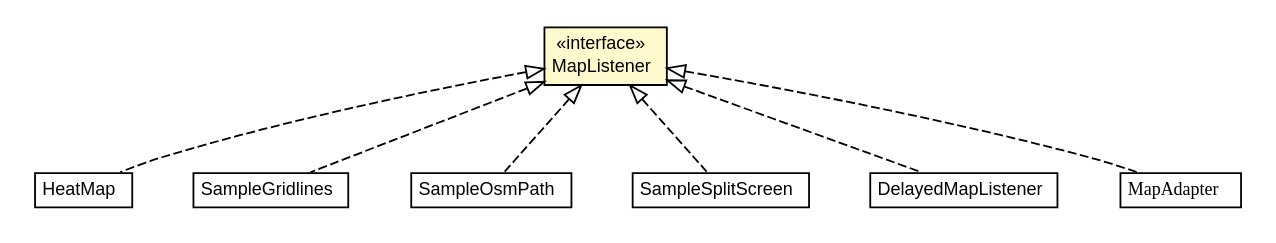
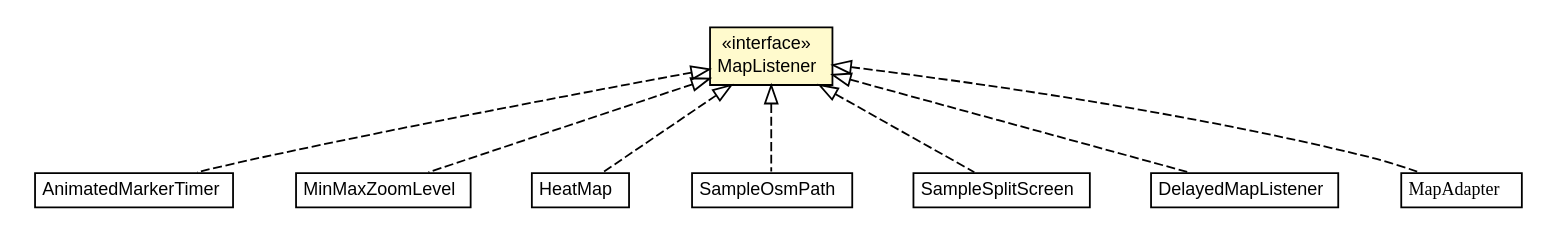
One commit to osmdroid/osmdroid changed the diagram in javadocAll/org/osmdroid/events/MapListener.dot. Above: the diagram before and after it, drawn with Graphviz. The commit also changed 5968 other files, not shown here.

```diff
--- a/javadocAll/org/osmdroid/events/MapListener.dot
+++ b/javadocAll/org/osmdroid/events/MapListener.dot
@@ -1,67 +1,75 @@
 #!/usr/local/bin/dot
 #
 # Class diagram 
 # Generated by UMLGraph version R5_6-24-gf6e263 (http://www.umlgraph.org/)
 #
 
 digraph G {
 	edge [fontname="arial",fontsize=10,labelfontname="arial",labelfontsize=10];
 	node [fontname="arial",fontsize=10,shape=plaintext];
 	nodesep=0.25;
 	ranksep=0.5;
+	// org.osmdroid.samplefragments.animations.AnimatedMarkerTimer
+	c133812 [label=<<table title="org.osmdroid.samplefragments.animations.AnimatedMarkerTimer" border="0" cellborder="1" cellspacing="0" cellpadding="2" port="p" href="../samplefragments/animations/AnimatedMarkerTimer.html">
+		<tr><td><table border="0" cellspacing="0" cellpadding="1">
+<tr><td align="center" balign="center"> AnimatedMarkerTimer </td></tr>
+		</table></td></tr>
+		</table>>, URL="../samplefragments/animations/AnimatedMarkerTimer.html", fontname="arial", fontcolor="black", fontsize=10.0];
+	// org.osmdroid.samplefragments.animations.MinMaxZoomLevel
+	c133821 [label=<<table title="org.osmdroid.samplefragments.animations.MinMaxZoomLevel" border="0" cellborder="1" cellspacing="0" cellpadding="2" port="p" href="../samplefragments/animations/MinMaxZoomLevel.html">
+		<tr><td><table border="0" cellspacing="0" cellpadding="1">
+<tr><td align="center" balign="center"> MinMaxZoomLevel </td></tr>
+		</table></td></tr>
+		</table>>, URL="../samplefragments/animations/MinMaxZoomLevel.html", fontname="arial", fontcolor="black", fontsize=10.0];
 	// org.osmdroid.samplefragments.data.HeatMap
-	c80172 [label=<<table title="org.osmdroid.samplefragments.data.HeatMap" border="0" cellborder="1" cellspacing="0" cellpadding="2" port="p" href="../samplefragments/data/HeatMap.html">
+	c133834 [label=<<table title="org.osmdroid.samplefragments.data.HeatMap" border="0" cellborder="1" cellspacing="0" cellpadding="2" port="p" href="../samplefragments/data/HeatMap.html">
 		<tr><td><table border="0" cellspacing="0" cellpadding="1">
 <tr><td align="center" balign="center"> HeatMap </td></tr>
 		</table></td></tr>
 		</table>>, URL="../samplefragments/data/HeatMap.html", fontname="arial", fontcolor="black", fontsize=10.0];
-	// org.osmdroid.samplefragments.data.SampleGridlines
-	c80174 [label=<<table title="org.osmdroid.samplefragments.data.SampleGridlines" border="0" cellborder="1" cellspacing="0" cellpadding="2" port="p" href="../samplefragments/data/SampleGridlines.html">
-		<tr><td><table border="0" cellspacing="0" cellpadding="1">
-<tr><td align="center" balign="center"> SampleGridlines </td></tr>
-		</table></td></tr>
-		</table>>, URL="../samplefragments/data/SampleGridlines.html", fontname="arial", fontcolor="black", fontsize=10.0];
 	// org.osmdroid.samplefragments.data.SampleOsmPath
-	c80180 [label=<<table title="org.osmdroid.samplefragments.data.SampleOsmPath" border="0" cellborder="1" cellspacing="0" cellpadding="2" port="p" href="../samplefragments/data/SampleOsmPath.html">
+	c133842 [label=<<table title="org.osmdroid.samplefragments.data.SampleOsmPath" border="0" cellborder="1" cellspacing="0" cellpadding="2" port="p" href="../samplefragments/data/SampleOsmPath.html">
 		<tr><td><table border="0" cellspacing="0" cellpadding="1">
 <tr><td align="center" balign="center"> SampleOsmPath </td></tr>
 		</table></td></tr>
 		</table>>, URL="../samplefragments/data/SampleOsmPath.html", fontname="arial", fontcolor="black", fontsize=10.0];
 	// org.osmdroid.samplefragments.layouts.SampleSplitScreen
-	c80211 [label=<<table title="org.osmdroid.samplefragments.layouts.SampleSplitScreen" border="0" cellborder="1" cellspacing="0" cellpadding="2" port="p" href="../samplefragments/layouts/SampleSplitScreen.html">
+	c133897 [label=<<table title="org.osmdroid.samplefragments.layouts.SampleSplitScreen" border="0" cellborder="1" cellspacing="0" cellpadding="2" port="p" href="../samplefragments/layouts/SampleSplitScreen.html">
 		<tr><td><table border="0" cellspacing="0" cellpadding="1">
 <tr><td align="center" balign="center"> SampleSplitScreen </td></tr>
 		</table></td></tr>
 		</table>>, URL="../samplefragments/layouts/SampleSplitScreen.html", fontname="arial", fontcolor="black", fontsize=10.0];
 	// org.osmdroid.events.DelayedMapListener
-	c80263 [label=<<table title="org.osmdroid.events.DelayedMapListener" border="0" cellborder="1" cellspacing="0" cellpadding="2" port="p" href="./DelayedMapListener.html">
+	c133971 [label=<<table title="org.osmdroid.events.DelayedMapListener" border="0" cellborder="1" cellspacing="0" cellpadding="2" port="p" href="./DelayedMapListener.html">
 		<tr><td><table border="0" cellspacing="0" cellpadding="1">
 <tr><td align="center" balign="center"> DelayedMapListener </td></tr>
 		</table></td></tr>
 		</table>>, URL="./DelayedMapListener.html", fontname="arial", fontcolor="black", fontsize=10.0];
 	// org.osmdroid.events.MapAdapter
-	c80264 [label=<<table title="org.osmdroid.events.MapAdapter" border="0" cellborder="1" cellspacing="0" cellpadding="2" port="p" href="./MapAdapter.html">
+	c133972 [label=<<table title="org.osmdroid.events.MapAdapter" border="0" cellborder="1" cellspacing="0" cellpadding="2" port="p" href="./MapAdapter.html">
 		<tr><td><table border="0" cellspacing="0" cellpadding="1">
 <tr><td align="center" balign="center"><font face="arial italic"> MapAdapter </font></td></tr>
 		</table></td></tr>
 		</table>>, URL="./MapAdapter.html", fontname="arial", fontcolor="black", fontsize=10.0];
 	// org.osmdroid.events.MapListener
-	c80267 [label=<<table title="org.osmdroid.events.MapListener" border="0" cellborder="1" cellspacing="0" cellpadding="2" port="p" bgcolor="lemonChiffon" href="./MapListener.html">
+	c133975 [label=<<table title="org.osmdroid.events.MapListener" border="0" cellborder="1" cellspacing="0" cellpadding="2" port="p" bgcolor="lemonChiffon" href="./MapListener.html">
 		<tr><td><table border="0" cellspacing="0" cellpadding="1">
 <tr><td align="center" balign="center"> &#171;interface&#187; </td></tr>
 <tr><td align="center" balign="center"> MapListener </td></tr>
 		</table></td></tr>
 		</table>>, URL="./MapListener.html", fontname="arial", fontcolor="black", fontsize=10.0];
+	//org.osmdroid.samplefragments.animations.AnimatedMarkerTimer implements org.osmdroid.events.MapListener
+	c133975:p -> c133812:p [dir=back,arrowtail=empty,style=dashed];
+	//org.osmdroid.samplefragments.animations.MinMaxZoomLevel implements org.osmdroid.events.MapListener
+	c133975:p -> c133821:p [dir=back,arrowtail=empty,style=dashed];
 	//org.osmdroid.samplefragments.data.HeatMap implements org.osmdroid.events.MapListener
-	c80267:p -> c80172:p [dir=back,arrowtail=empty,style=dashed];
-	//org.osmdroid.samplefragments.data.SampleGridlines implements org.osmdroid.events.MapListener
-	c80267:p -> c80174:p [dir=back,arrowtail=empty,style=dashed];
+	c133975:p -> c133834:p [dir=back,arrowtail=empty,style=dashed];
 	//org.osmdroid.samplefragments.data.SampleOsmPath implements org.osmdroid.events.MapListener
-	c80267:p -> c80180:p [dir=back,arrowtail=empty,style=dashed];
+	c133975:p -> c133842:p [dir=back,arrowtail=empty,style=dashed];
 	//org.osmdroid.samplefragments.layouts.SampleSplitScreen implements org.osmdroid.events.MapListener
-	c80267:p -> c80211:p [dir=back,arrowtail=empty,style=dashed];
+	c133975:p -> c133897:p [dir=back,arrowtail=empty,style=dashed];
 	//org.osmdroid.events.DelayedMapListener implements org.osmdroid.events.MapListener
-	c80267:p -> c80263:p [dir=back,arrowtail=empty,style=dashed];
+	c133975:p -> c133971:p [dir=back,arrowtail=empty,style=dashed];
 	//org.osmdroid.events.MapAdapter implements org.osmdroid.events.MapListener
-	c80267:p -> c80264:p [dir=back,arrowtail=empty,style=dashed];
+	c133975:p -> c133972:p [dir=back,arrowtail=empty,style=dashed];
 }
```
